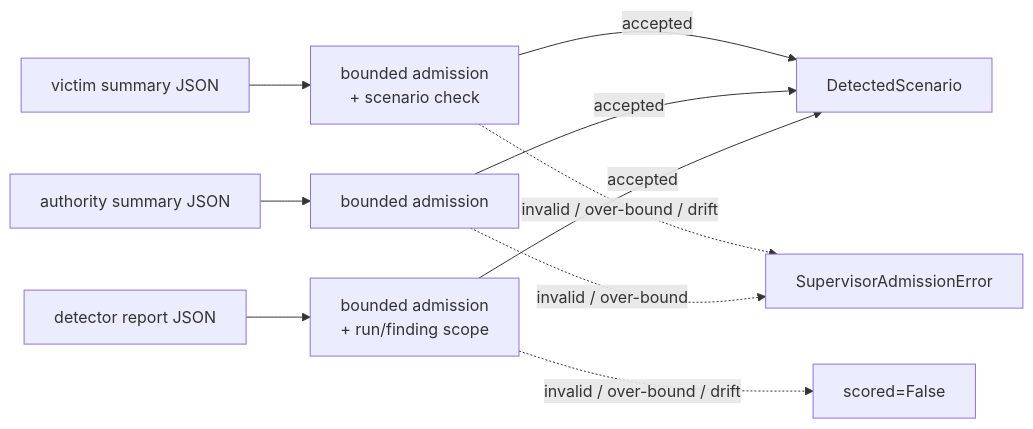
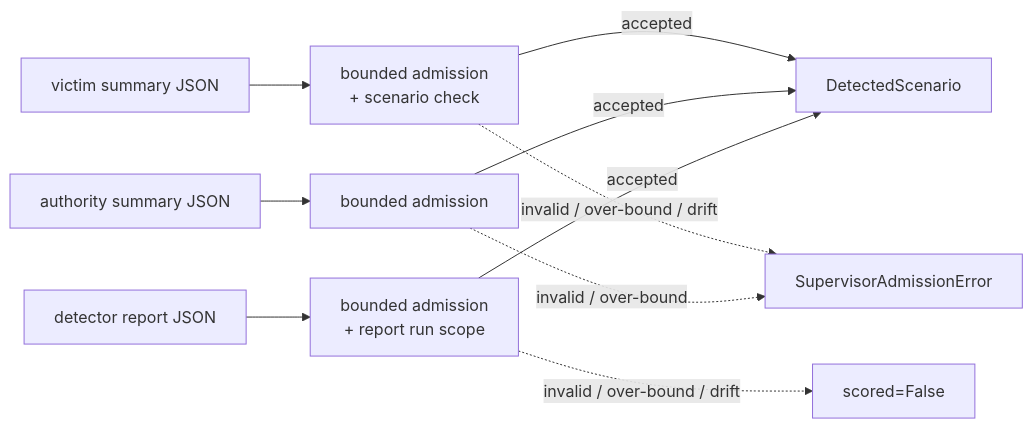
Before and after one commit to nirosen/labs-OO-Agents: the second of 15 diagrams in examples/security_hardening/README.md, drawn with Mermaid. The commit also changed other lines of this file and 6 other files, not shown here.

Commit message:
wire finding bundle into detector harness

````diff
--- a/examples/security_hardening/README.md
+++ b/examples/security_hardening/README.md
@@ -17,12 +46,12 @@
 ```mermaid
 flowchart LR
     V["victim summary JSON"] --> VA["bounded admission<br/>+ scenario check"]
     A["authority summary JSON"] --> AA["bounded admission"]
-    D["detector report JSON"] --> DA["bounded admission<br/>+ run/finding scope"]
+    D["detector report JSON"] --> DA["bounded admission<br/>+ report run scope"]
     VA -- "accepted" --> S["DetectedScenario"]
     AA -- "accepted" --> S
     DA -- "accepted" --> S
     VA -. "invalid / over-bound / drift" .-> X["SupervisorAdmissionError"]
     AA -. "invalid / over-bound" .-> X
     DA -. "invalid / over-bound / drift" .-> R["scored=False"]
 ```
````
